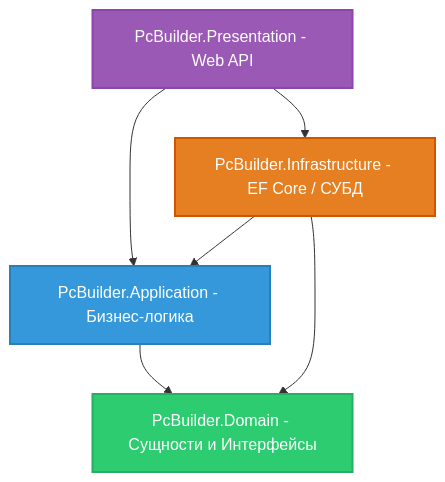
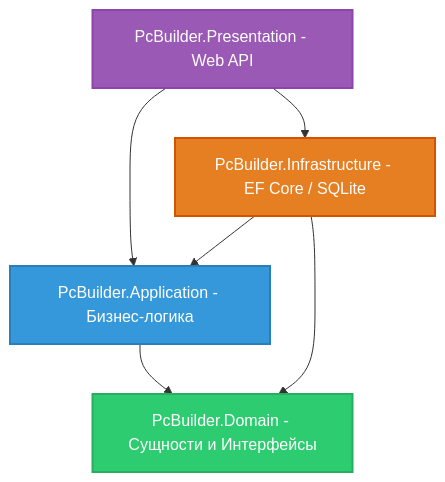
Before and after one commit to D1verlin/pcBuilder: the diagram in README.md, drawn with Mermaid. The commit also changed other lines of this file and 24 other files, not shown here.

````diff
--- a/README.md
+++ b/README.md
@@ -31,13 +57,13 @@
 ```mermaid
 graph TD
     Presentation[PcBuilder.Presentation - Web API] --> Application[PcBuilder.Application - Бизнес-логика]
-    Presentation --> Infrastructure[PcBuilder.Infrastructure - EF Core / СУБД]
+    Presentation --> Infrastructure[PcBuilder.Infrastructure - EF Core / SQLite]
     Infrastructure --> Application
     Application --> Domain[PcBuilder.Domain - Сущности и Интерфейсы]
     Infrastructure --> Domain
 
     style Domain fill:#2ecc71,stroke:#27ae60,stroke-width:2px,color:#fff
     style Application fill:#3498db,stroke:#2980b9,stroke-width:2px,color:#fff
     style Infrastructure fill:#e67e22,stroke:#d35400,stroke-width:2px,color:#fff
     style Presentation fill:#9b59b6,stroke:#8e44ad,stroke-width:2px,color:#fff
 ```
````
